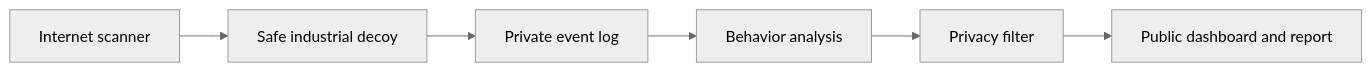
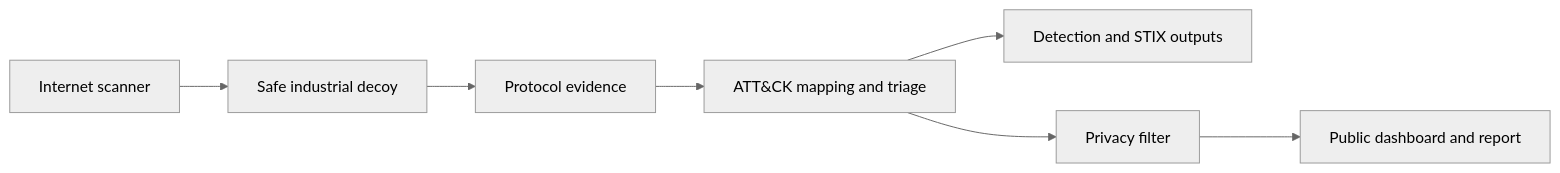
Before and after one commit to Afnan16312/ot-sentinel-ics-honeypot: the diagram in README.md, drawn with Mermaid (neutral theme). The commit also changed other lines of this file and 58 other files, not shown here.

````diff
--- a/README.md
+++ b/README.md
@@ -88,8 +102,9 @@
 ```mermaid
 flowchart LR
     A[Internet scanner] --> B[Safe industrial decoy]
-    B --> C[Private event log]
-    C --> D[Behavior analysis]
-    D --> E[Privacy filter]
-    E --> F[Public dashboard and report]
+    B --> C[Protocol evidence]
+    C --> D[ATT&CK mapping and triage]
+    D --> E[Detection and STIX outputs]
+    D --> F[Privacy filter]
+    F --> G[Public dashboard and report]
 ```
````
